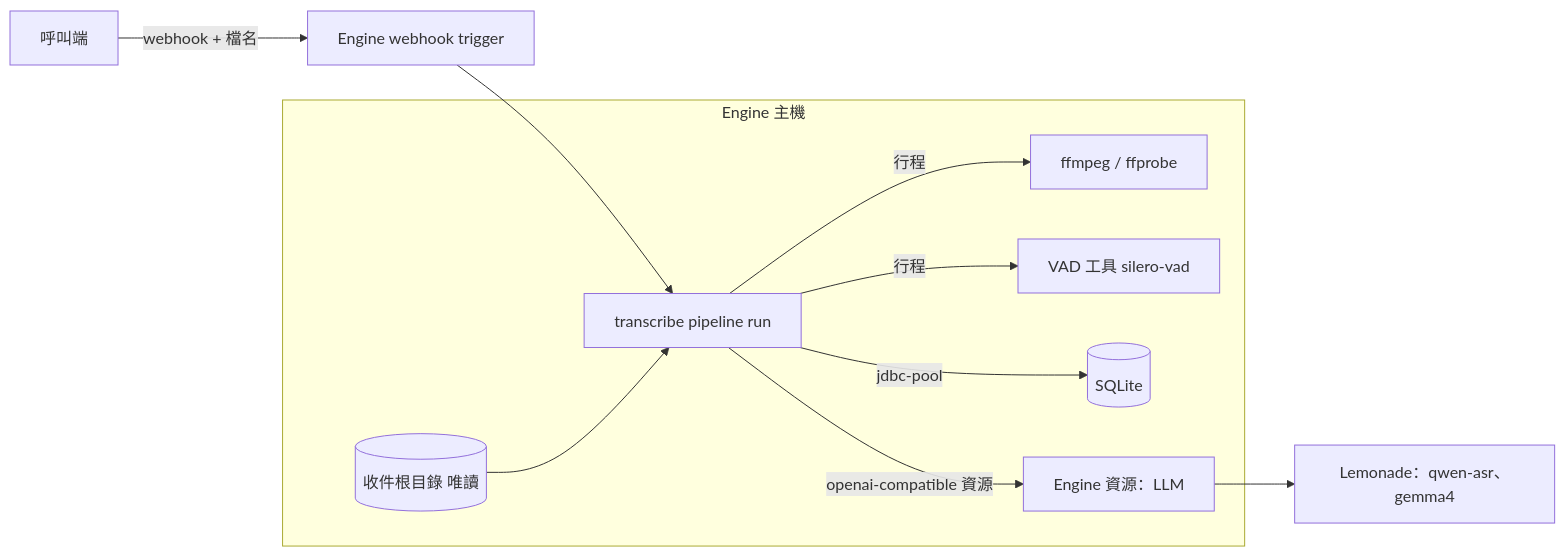
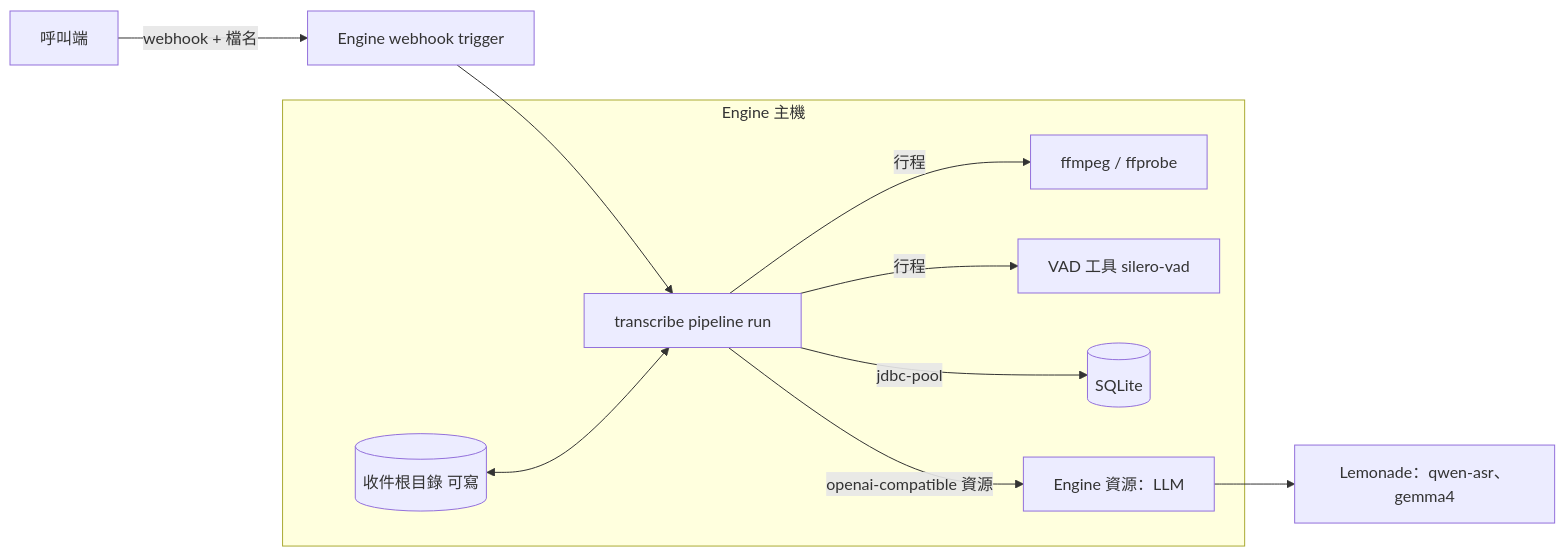
The first of 2 diagrams in docs/stable/transcribe-pipeline/README.md (lanyitin/runline), drawn with Mermaid before and after one commit. The commit also changed other lines of this file and 21 other files, not shown here.

````diff
--- a/docs/stable/transcribe-pipeline/README.md
+++ b/docs/stable/transcribe-pipeline/README.md
@@ -25,13 +27,13 @@
 ```mermaid
 flowchart LR
   Caller[呼叫端] -->|webhook + 檔名| E[Engine webhook trigger]
   E --> P[transcribe pipeline run]
   subgraph Host[Engine 主機]
-    Intake[(收件根目錄 唯讀)] --> P
+    Intake[(收件根目錄 可寫)] <--> P
     P -->|行程| FF[ffmpeg / ffprobe]
     P -->|行程| VAD[VAD 工具 silero-vad]
     P -->|jdbc-pool| DB[(SQLite)]
     P -->|openai-compatible 資源| Res[Engine 資源：LLM]
   end
   Res --> LM[Lemonade：qwen-asr、gemma4]
 ```
````
